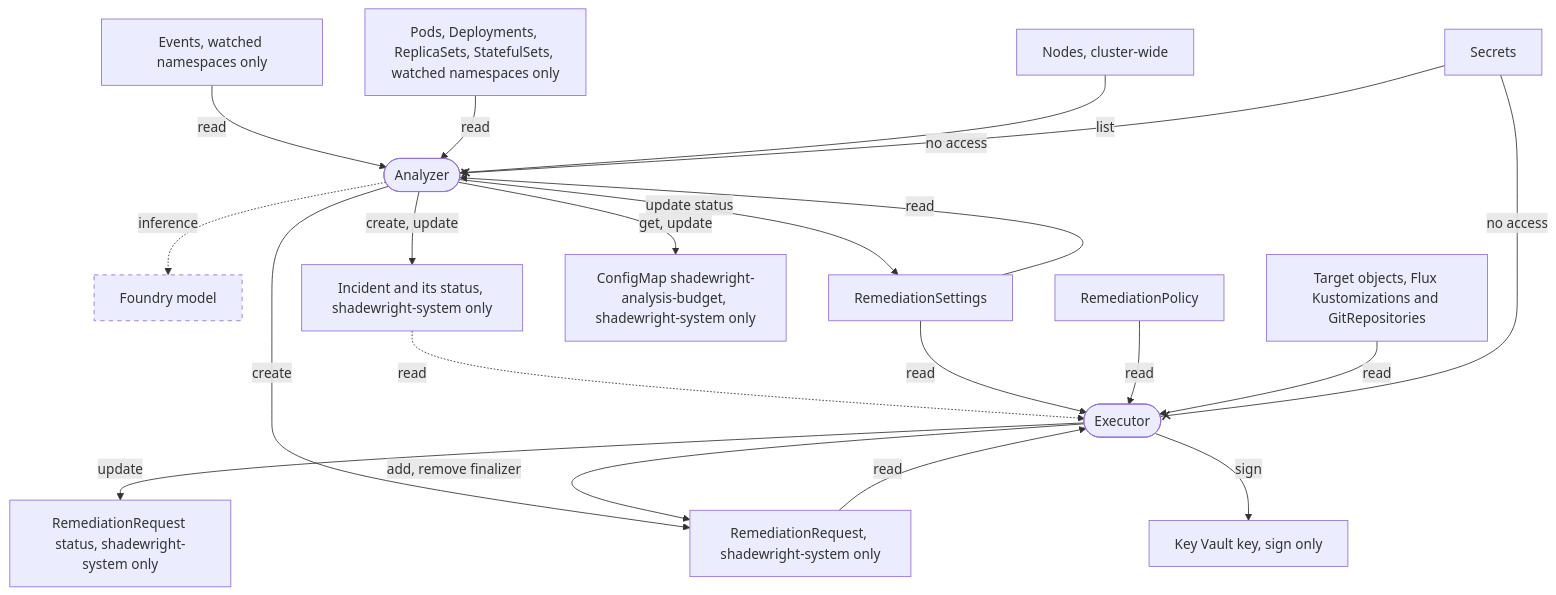
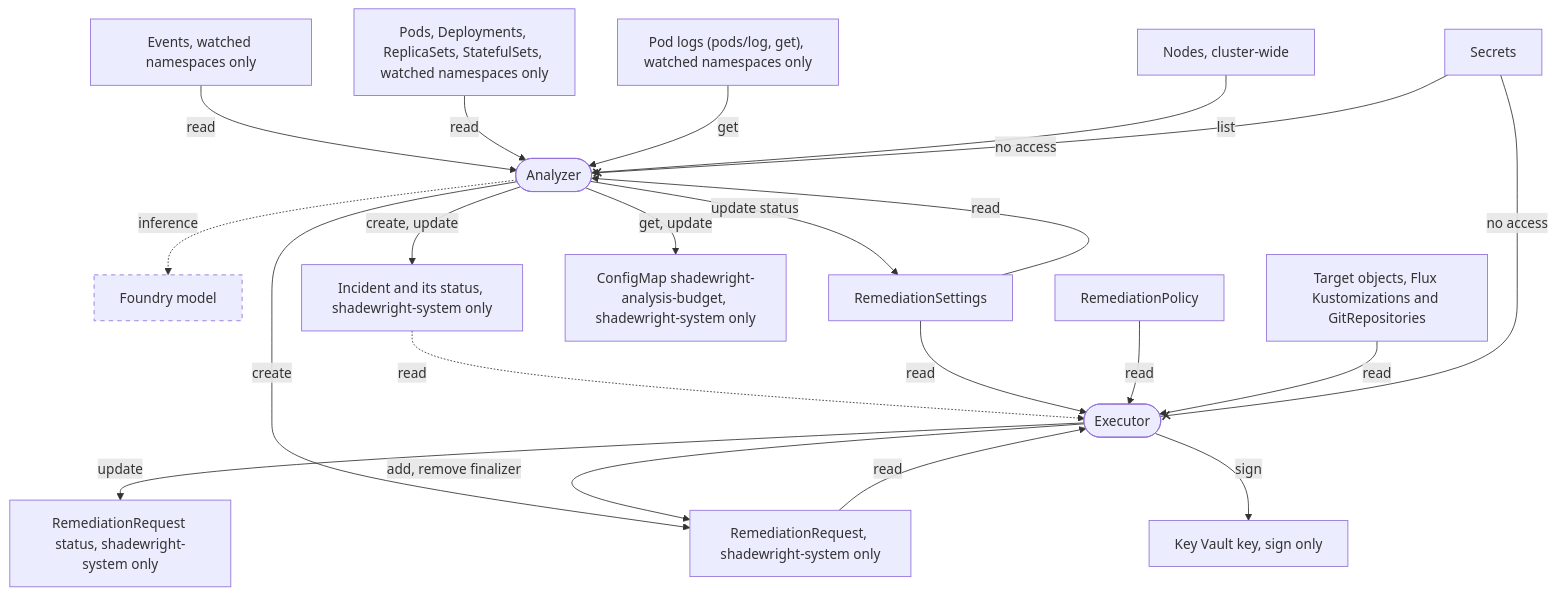
The diagram in docs/design/10-security.md (pkalin/shadewright), drawn with Mermaid before and after one commit. The commit also changed other lines of this file and 34 other files, not shown here.

First line of the commit message:
feat(analyzer): wire the Prometheus and pod log sources into the incident context (#406)

````diff
--- a/docs/design/10-security.md
+++ b/docs/design/10-security.md
@@ -245,39 +247,41 @@
 ```mermaid
 flowchart TB
     ev["Events, watched namespaces only"]
     wl["Pods, Deployments, ReplicaSets, StatefulSets, watched namespaces only"]
+    logs["Pod logs (pods/log, get), watched namespaces only"]
     an([Analyzer])
     fm[Foundry model]
     inc["Incident and its status, shadewright-system only"]
     rr["RemediationRequest, shadewright-system only"]
     set[RemediationSettings]
     budget["ConfigMap shadewright-analysis-budget, shadewright-system only"]
     pol[RemediationPolicy]
     tgt[Target objects, Flux Kustomizations and GitRepositories]
     ex([Executor])
     rrs["RemediationRequest status, shadewright-system only"]
     kv[Key Vault key, sign only]
     sec[Secrets]
     nodes[Nodes, cluster-wide]
     ev -- read --> an
     wl -- read --> an
+    logs -- get --> an
     set -- read --> an
     nodes -- list --> an
     an -- update status --> set
     an -- get, update --> budget
     an -. inference .-> fm
     an -- create, update --> inc
     an -- create --> rr
     inc -. read .-> ex
     rr -- read --> ex
     set -- read --> ex
     pol -- read --> ex
     tgt -- read --> ex
     ex -- update --> rrs
     ex -- add, remove finalizer --> rr
     ex -- sign --> kv
     sec -- no access --x an
     sec -- no access --x ex
     classDef planned stroke-dasharray: 5 5
     class fm planned
 ```
````
